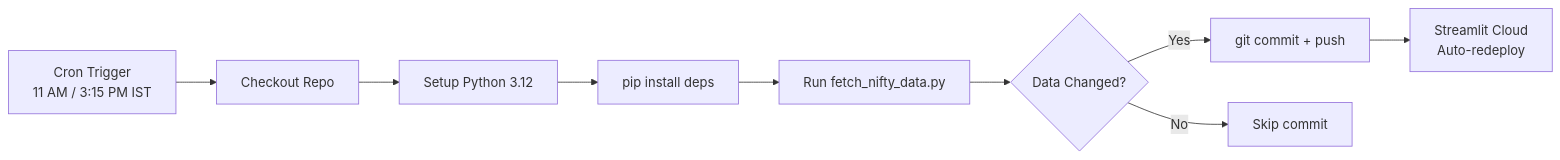
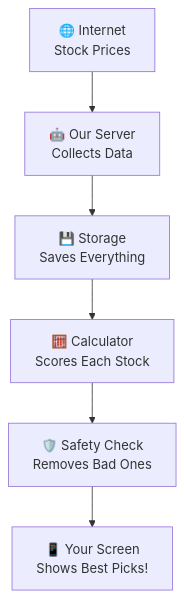
Before and after one commit to pravindev666/Tradyx-Aleph: the tenth of 30 diagrams in README.md, drawn with Mermaid. The commit also changed other lines of this file, not shown here.

````diff
--- a/README.md
+++ b/README.md
@@ -468,11 +211,8 @@
 ```mermaid
-graph LR
-    A[Cron Trigger<br/>11 AM / 3:15 PM IST] --> B[Checkout Repo]
-    B --> C[Setup Python 3.12]
-    C --> D[pip install deps]
-    D --> E[Run fetch_nifty_data.py]
-    E --> F{Data Changed?}
-    F -->|Yes| G[git commit + push]
-    F -->|No| H[Skip commit]
-    G --> I[Streamlit Cloud<br/>Auto-redeploy]
+graph TB
+    A[🌐 Internet<br/>Stock Prices] --> B[🤖 Our Server<br/>Collects Data]
+    B --> C[💾 Storage<br/>Saves Everything]
+    C --> D[🧮 Calculator<br/>Scores Each Stock]
+    D --> E[🛡️ Safety Check<br/>Removes Bad Ones]
+    E --> F[📱 Your Screen<br/>Shows Best Picks!]
 ```
````
